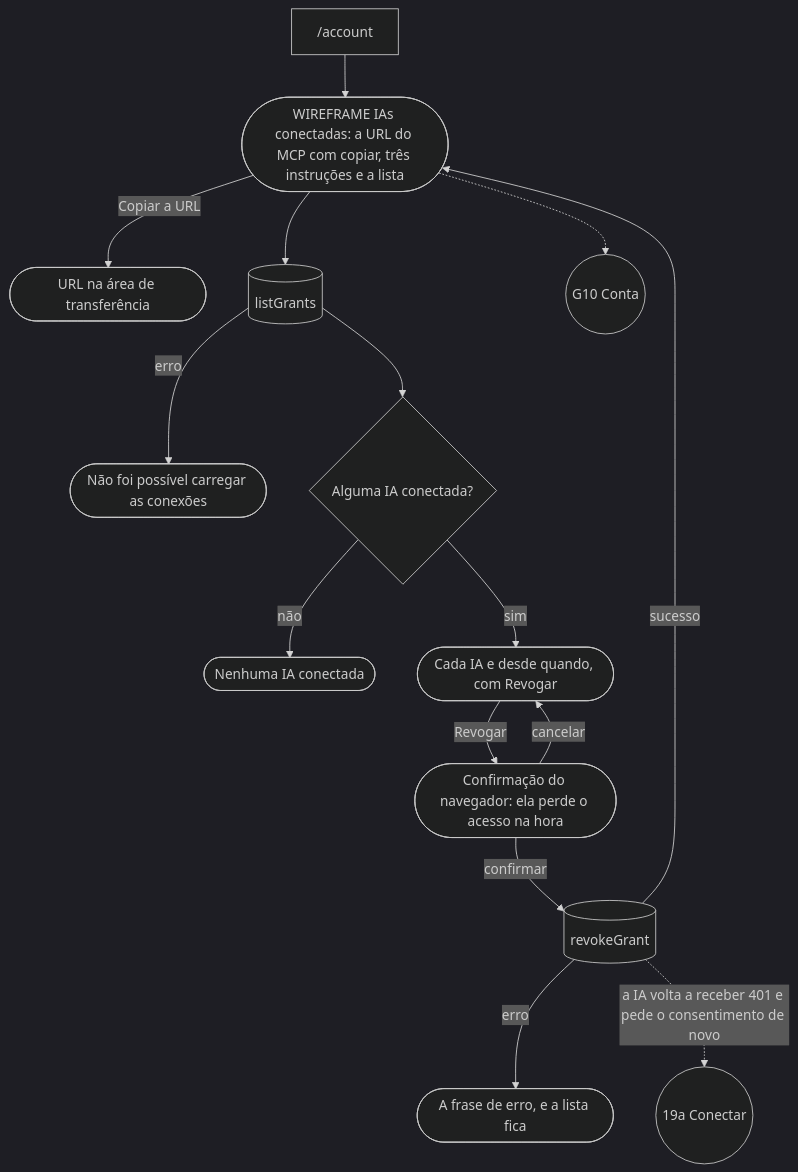
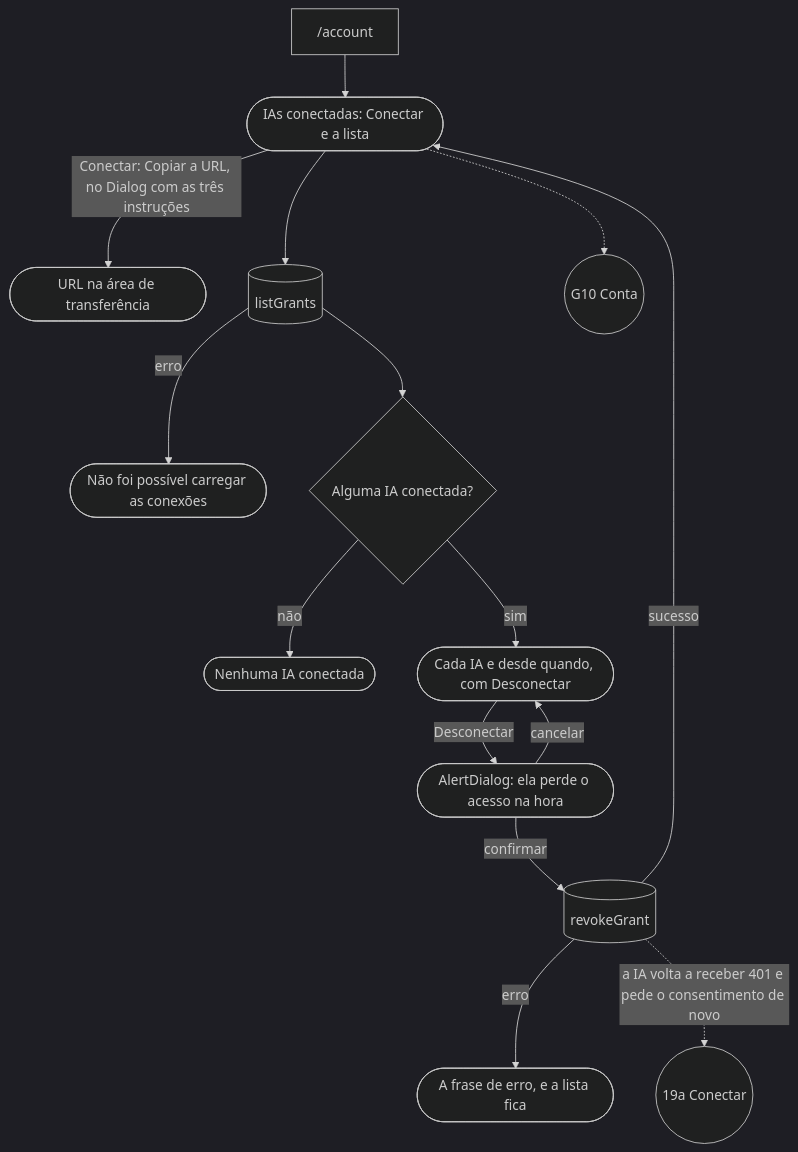
Diagram 31 of 31 in docs/JORNADAS.md (kauax2000/finance_app), drawn with Mermaid before and after one commit. The commit also changed other lines of this file and 71 other files, not shown here.

````diff
--- a/docs/JORNADAS.md
+++ b/docs/JORNADAS.md
@@ -2058,18 +2057,18 @@
 ```mermaid
 %%{init: {"theme": "dark"}}%%
 flowchart TD
-    account["/account"] --> ias(["WIREFRAME IAs conectadas: a URL do MCP com copiar, três instruções e a lista"])
-    ias -->|"Copiar a URL"| copiado(["URL na área de transferência"])
+    account["/account"] --> ias(["IAs conectadas: Conectar e a lista"])
+    ias -->|"Conectar: Copiar a URL, no Dialog com as três instruções"| copiado(["URL na área de transferência"])
     ias --> grants[("listGrants")]
     grants -->|"erro"| erroLista(["Não foi possível carregar as conexões"])
     grants --> lista{"Alguma IA conectada?"}
     lista -->|"não"| vazio(["Nenhuma IA conectada"])
-    lista -->|"sim"| linha(["Cada IA e desde quando, com Revogar"])
-    linha -->|"Revogar"| confirma(["Confirmação do navegador: ela perde o acesso na hora"])
+    lista -->|"sim"| linha(["Cada IA e desde quando, com Desconectar"])
+    linha -->|"Desconectar"| confirma(["AlertDialog: ela perde o acesso na hora"])
     confirma -->|"cancelar"| linha
     confirma -->|"confirmar"| revogar[("revokeGrant")]
     revogar -->|"erro"| erroRevoga(["A frase de erro, e a lista fica"])
     revogar -->|"sucesso"| ias
     revogar -.->|"a IA volta a receber 401 e pede o consentimento de novo"| G19a(("19a Conectar"))
     ias -.-> G10(("G10 Conta"))
 ```
````
